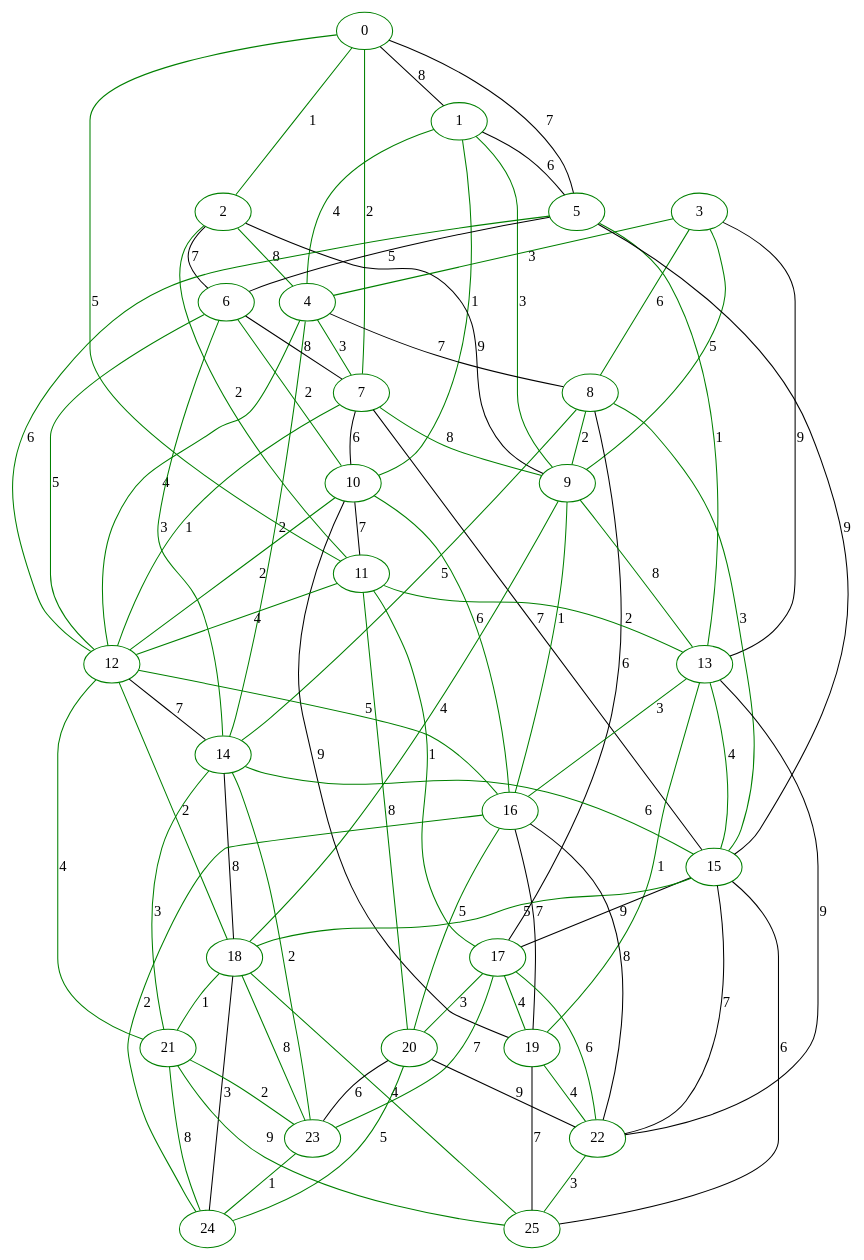
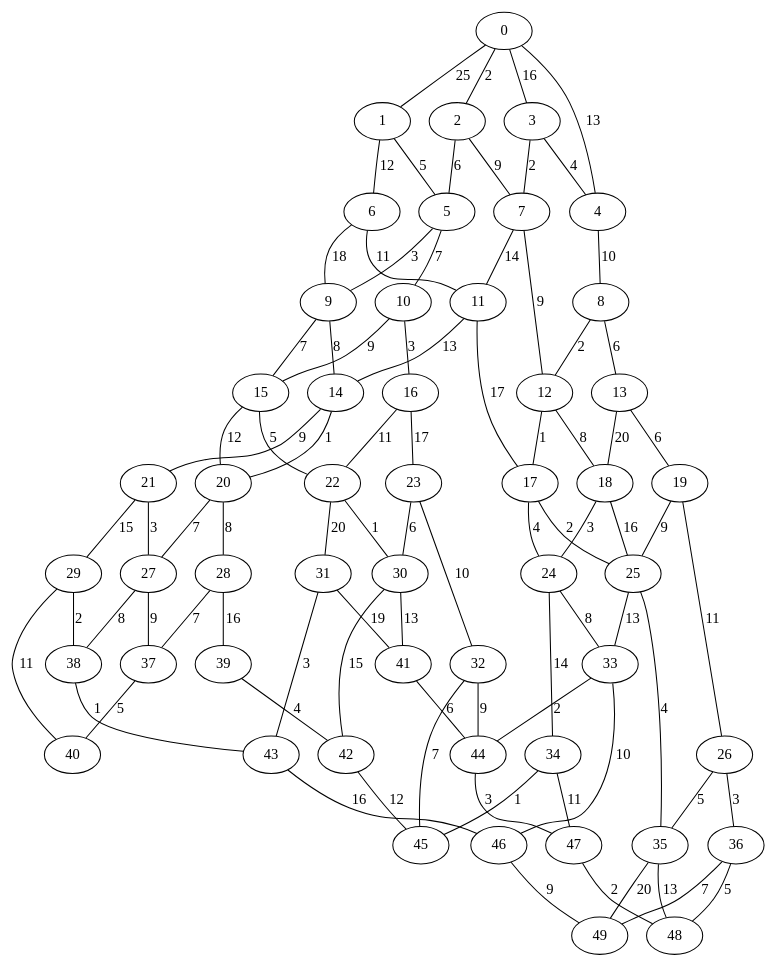
One commit to enzobonf/algoritmos-grafos changed the diagram in output.dot. Above: the diagram before and after it, drawn with Graphviz. The commit also changed 6 other files, not shown here.

```diff
--- a/output.dot
+++ b/output.dot
@@ -1,114 +1,136 @@
 graph G {
-0 [label="0", color=green];
-1 [label="1", color=green];
-2 [label="2", color=green];
-3 [label="3", color=green];
-4 [label="4", color=green];
-5 [label="5", color=green];
-6 [label="6", color=green];
-7 [label="7", color=green];
-8 [label="8", color=green];
-9 [label="9", color=green];
-10 [label="10", color=green];
-11 [label="11", color=green];
-12 [label="12", color=green];
-13 [label="13", color=green];
-14 [label="14", color=green];
-15 [label="15", color=green];
-16 [label="16", color=green];
-17 [label="17", color=green];
-18 [label="18", color=green];
-19 [label="19", color=green];
-20 [label="20", color=green];
-21 [label="21", color=green];
-22 [label="22", color=green];
-23 [label="23", color=green];
-24 [label="24", color=green];
-25 [label="25", color=green];
-0 -- 1 [label="8"];
-0 -- 2 [label="1", color=green];
-0 -- 5 [label="7"];
-0 -- 7 [label="2", color=green];
-0 -- 11 [label="5", color=green];
-1 -- 4 [label="4", color=green];
-1 -- 5 [label="6"];
-1 -- 9 [label="3", color=green];
-1 -- 10 [label="1", color=green];
-2 -- 4 [label="8", color=green];
-2 -- 6 [label="7"];
-2 -- 9 [label="9"];
-2 -- 11 [label="2", color=green];
-3 -- 4 [label="3", color=green];
-3 -- 8 [label="6", color=green];
-3 -- 9 [label="5", color=green];
-3 -- 13 [label="9"];
-4 -- 7 [label="3", color=green];
-4 -- 8 [label="7"];
-4 -- 12 [label="4", color=green];
-4 -- 14 [label="2", color=green];
-5 -- 6 [label="5"];
-5 -- 12 [label="6", color=green];
-5 -- 13 [label="1", color=green];
-5 -- 15 [label="9"];
-6 -- 7 [label="8"];
-6 -- 10 [label="2", color=green];
-6 -- 12 [label="5", color=green];
-6 -- 14 [label="3", color=green];
-7 -- 9 [label="8", color=green];
-7 -- 10 [label="6"];
-7 -- 12 [label="1", color=green];
-7 -- 15 [label="7"];
-8 -- 9 [label="2", color=green];
-8 -- 14 [label="5", color=green];
-8 -- 15 [label="3", color=green];
-8 -- 17 [label="6"];
-9 -- 13 [label="8", color=green];
-9 -- 16 [label="1", color=green];
-9 -- 18 [label="4", color=green];
-10 -- 11 [label="7"];
-10 -- 12 [label="2", color=green];
-10 -- 16 [label="6", color=green];
-10 -- 19 [label="9"];
-11 -- 12 [label="4", color=green];
-11 -- 13 [label="2", color=green];
-11 -- 17 [label="1", color=green];
-11 -- 20 [label="8", color=green];
-12 -- 14 [label="7"];
-12 -- 16 [label="5", color=green];
-12 -- 18 [label="2", color=green];
-12 -- 21 [label="4", color=green];
-13 -- 15 [label="4", color=green];
-13 -- 16 [label="3", color=green];
-13 -- 19 [label="1", color=green];
-13 -- 22 [label="9"];
-14 -- 15 [label="6", color=green];
-14 -- 18 [label="8"];
-14 -- 21 [label="3", color=green];
-14 -- 23 [label="2", color=green];
-15 -- 17 [label="9"];
-15 -- 18 [label="5", color=green];
-15 -- 22 [label="7"];
-15 -- 25 [label="6"];
-16 -- 19 [label="7"];
-16 -- 20 [label="5", color=green];
-16 -- 22 [label="8"];
-16 -- 24 [label="2", color=green];
-17 -- 19 [label="4", color=green];
-17 -- 20 [label="3", color=green];
-17 -- 22 [label="6", color=green];
-17 -- 23 [label="7", color=green];
-18 -- 21 [label="1", color=green];
-18 -- 23 [label="8", color=green];
+0 [label="0"];
+1 [label="1"];
+2 [label="2"];
+3 [label="3"];
+4 [label="4"];
+5 [label="5"];
+6 [label="6"];
+7 [label="7"];
+8 [label="8"];
+9 [label="9"];
+10 [label="10"];
+11 [label="11"];
+12 [label="12"];
+13 [label="13"];
+14 [label="14"];
+15 [label="15"];
+16 [label="16"];
+17 [label="17"];
+18 [label="18"];
+19 [label="19"];
+20 [label="20"];
+21 [label="21"];
+22 [label="22"];
+23 [label="23"];
+24 [label="24"];
+25 [label="25"];
+26 [label="26"];
+27 [label="27"];
+28 [label="28"];
+29 [label="29"];
+30 [label="30"];
+31 [label="31"];
+32 [label="32"];
+33 [label="33"];
+34 [label="34"];
+35 [label="35"];
+36 [label="36"];
+37 [label="37"];
+38 [label="38"];
+39 [label="39"];
+40 [label="40"];
+41 [label="41"];
+42 [label="42"];
+43 [label="43"];
+44 [label="44"];
+45 [label="45"];
+46 [label="46"];
+47 [label="47"];
+48 [label="48"];
+49 [label="49"];
+0 -- 1 [label="25"];
+0 -- 2 [label="2"];
+0 -- 3 [label="16"];
+0 -- 4 [label="13"];
+1 -- 5 [label="5"];
+1 -- 6 [label="12"];
+2 -- 5 [label="6"];
+2 -- 7 [label="9"];
+3 -- 4 [label="4"];
+3 -- 7 [label="2"];
+4 -- 8 [label="10"];
+5 -- 9 [label="3"];
+5 -- 10 [label="7"];
+6 -- 9 [label="18"];
+6 -- 11 [label="11"];
+7 -- 11 [label="14"];
+7 -- 12 [label="9"];
+8 -- 12 [label="2"];
+8 -- 13 [label="6"];
+9 -- 14 [label="8"];
+9 -- 15 [label="7"];
+10 -- 15 [label="9"];
+10 -- 16 [label="3"];
+11 -- 14 [label="13"];
+11 -- 17 [label="17"];
+12 -- 17 [label="1"];
+12 -- 18 [label="8"];
+13 -- 18 [label="20"];
+13 -- 19 [label="6"];
+14 -- 20 [label="1"];
+14 -- 21 [label="9"];
+15 -- 20 [label="12"];
+15 -- 22 [label="5"];
+16 -- 22 [label="11"];
+16 -- 23 [label="17"];
+17 -- 24 [label="4"];
+17 -- 25 [label="2"];
 18 -- 24 [label="3"];
-18 -- 25 [label="4", color=green];
-19 -- 22 [label="4", color=green];
-19 -- 25 [label="7"];
-20 -- 22 [label="9"];
-20 -- 23 [label="6"];
-20 -- 24 [label="5", color=green];
-21 -- 23 [label="2", color=green];
-21 -- 24 [label="8", color=green];
-21 -- 25 [label="9", color=green];
-22 -- 25 [label="3", color=green];
-23 -- 24 [label="1", color=green];
+18 -- 25 [label="16"];
+19 -- 25 [label="9"];
+19 -- 26 [label="11"];
+20 -- 27 [label="7"];
+20 -- 28 [label="8"];
+21 -- 27 [label="3"];
+21 -- 29 [label="15"];
+22 -- 30 [label="1"];
+22 -- 31 [label="20"];
+23 -- 30 [label="6"];
+23 -- 32 [label="10"];
+24 -- 33 [label="8"];
+24 -- 34 [label="14"];
+25 -- 33 [label="13"];
+25 -- 35 [label="4"];
+26 -- 35 [label="5"];
+26 -- 36 [label="3"];
+27 -- 37 [label="9"];
+27 -- 38 [label="8"];
+28 -- 37 [label="7"];
+28 -- 39 [label="16"];
+29 -- 38 [label="2"];
+29 -- 40 [label="11"];
+30 -- 41 [label="13"];
+30 -- 42 [label="15"];
+31 -- 41 [label="19"];
+31 -- 43 [label="3"];
+32 -- 44 [label="9"];
+32 -- 45 [label="7"];
+33 -- 44 [label="2"];
+33 -- 46 [label="10"];
+34 -- 45 [label="1"];
+34 -- 47 [label="11"];
+35 -- 48 [label="13"];
+35 -- 49 [label="20"];
+36 -- 48 [label="5"];
+36 -- 49 [label="7"];
+37 -- 40 [label="5"];
+38 -- 43 [label="1"];
+39 -- 42 [label="4"];
+41 -- 44 [label="6"];
+42 -- 45 [label="12"];
+43 -- 46 [label="16"];
+44 -- 47 [label="3"];
+46 -- 49 [label="9"];
+47 -- 48 [label="2"];
 }
```
